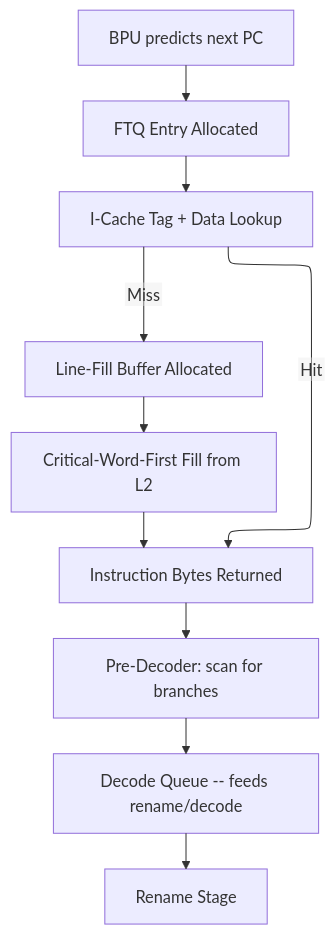
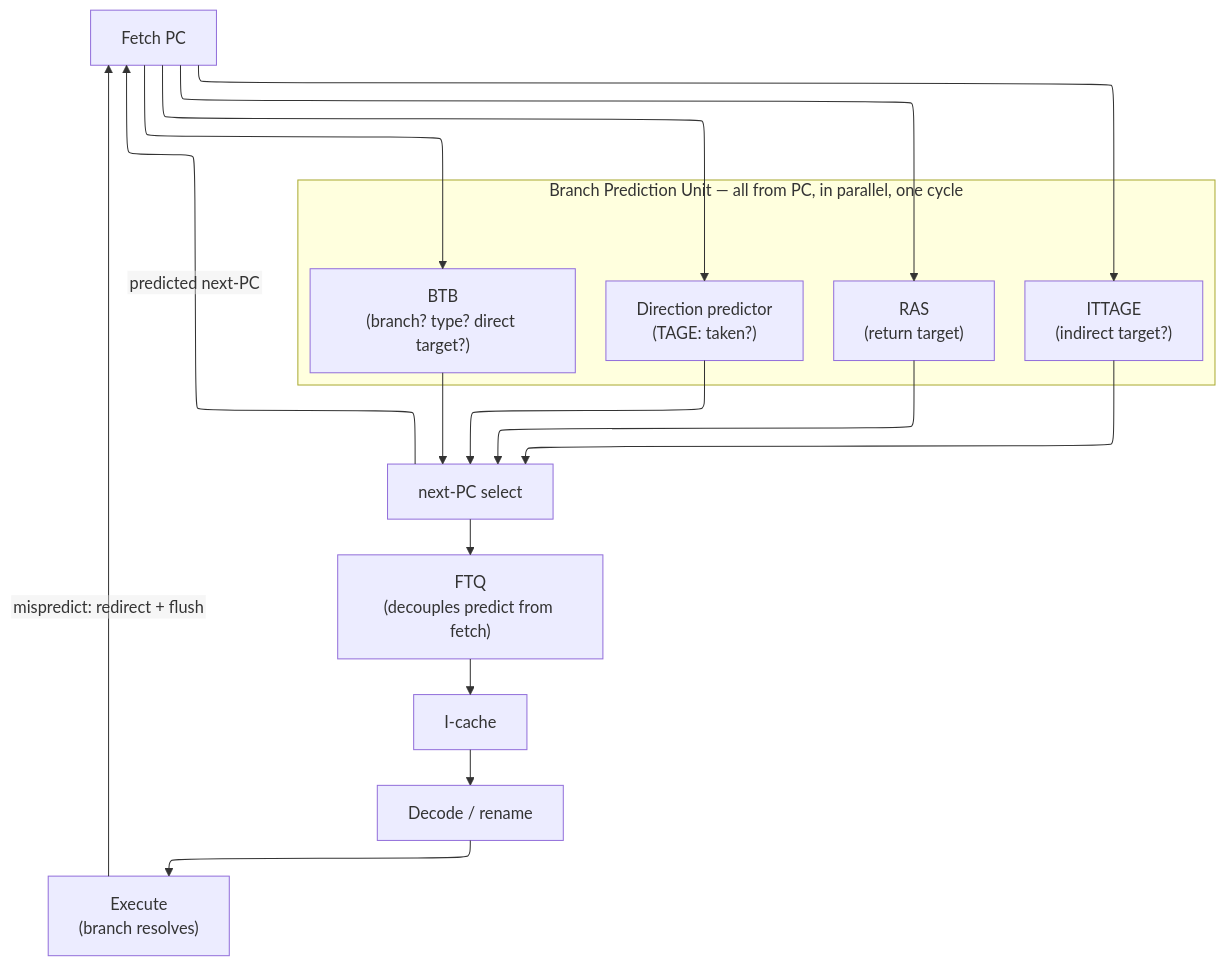
Before and after one commit to Wty2003328/silicon-design-notebook: the diagram in 01_Architecture_and_PPA/06_Branch_Prediction_Deep_Dive.md, drawn with Mermaid. The commit also changed other lines of this file and 26 other files, not shown here.

Commit message:
Concept-first hard rework checkpoint: Architecture, Fundamentals, Power folders complete (~25 pages reworked)

````diff
--- a/01_Architecture_and_PPA/06_Branch_Prediction_Deep_Dive.md
+++ b/01_Architecture_and_PPA/06_Branch_Prediction_Deep_Dive.md
@@ -1512,13 +61,31 @@
 ```mermaid
 %%{init: {"flowchart": {"defaultRenderer": "elk", "nodeSpacing": 60, "rankSpacing": 60, "htmlLabels": false}}}%%
 flowchart TD
-    A[BPU predicts next PC] --> B[FTQ Entry Allocated]
-    B --> C[I-Cache Tag + Data Lookup]
-    C -->|Hit| D[Instruction Bytes Returned]
-    C -->|Miss| E[Line-Fill Buffer Allocated]
-    E --> F[Critical-Word-First Fill from L2]
-    F --> D
-    D --> G[Pre-Decoder: scan for branches]
-    G --> H[Decode Queue -- feeds rename/decode]
-    H --> I[Rename Stage]
+    PC["Fetch PC"]
+    subgraph BPU["Branch Prediction Unit — all from PC, in parallel, one cycle"]
+        BTB["BTB\n(branch? type? direct target?)"]
+        DIR["Direction predictor\n(TAGE: taken?)"]
+        RAS["RAS\n(return target)"]
+        ITT["ITTAGE\n(indirect target?)"]
+    end
+    NPC["next-PC select"]
+    FTQ["FTQ\n(decouples predict from fetch)"]
+    IC["I-cache"]
+    DEC["Decode / rename"]
+    EXE["Execute\n(branch resolves)"]
+
+    PC --> BTB
+    PC --> DIR
+    PC --> RAS
+    PC --> ITT
+    BTB --> NPC
+    DIR --> NPC
+    RAS --> NPC
+    ITT --> NPC
+    NPC -->|predicted next-PC| PC
+    NPC --> FTQ
+    FTQ --> IC
+    IC --> DEC
+    DEC --> EXE
+    EXE -->|mispredict: redirect + flush| PC
 ```
````
